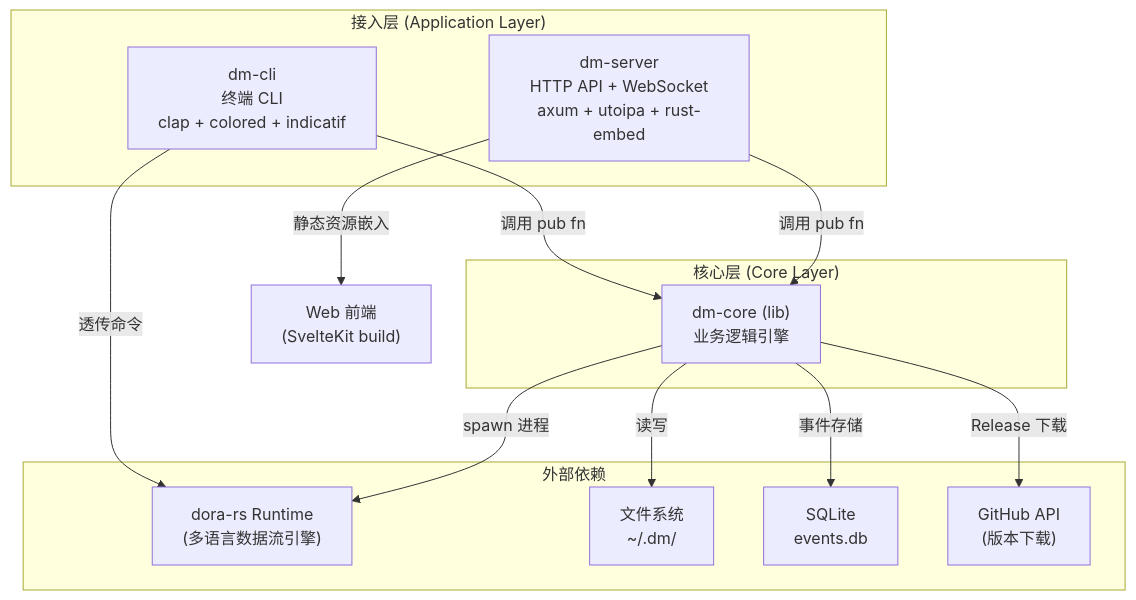
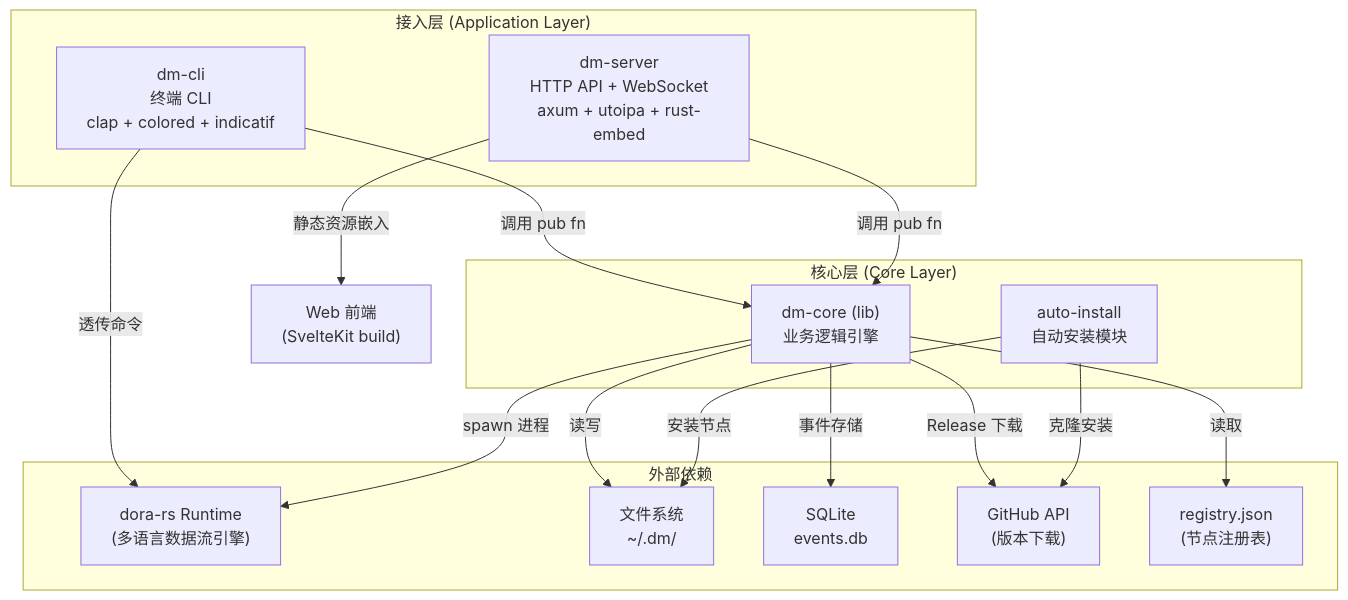
The first of 3 diagrams in wiki/zh/07-architecture-overview.md (l1veIn/dora-manager), drawn with Mermaid before and after one commit. The commit also changed 3 other files, not shown here.

````diff
--- a/wiki/zh/07-architecture-overview.md
+++ b/wiki/zh/07-architecture-overview.md
@@ -9,27 +9,32 @@
 ```mermaid
 graph TD
     subgraph "接入层 (Application Layer)"
         CLI["dm-cli<br/>终端 CLI<br/>clap + colored + indicatif"]
         SRV["dm-server<br/>HTTP API + WebSocket<br/>axum + utoipa + rust-embed"]
     end
 
     subgraph "核心层 (Core Layer)"
         CORE["dm-core (lib)<br/>业务逻辑引擎"]
+        AUTO["auto-install<br/>自动安装模块"]
     end
 
     subgraph "外部依赖"
         DORA["dora-rs Runtime<br/>(多语言数据流引擎)"]
         FS["文件系统<br/>~/.dm/"]
         SQLITE["SQLite<br/>events.db"]
         GH["GitHub API<br/>(版本下载)"]
+        REG["registry.json<br/>(节点注册表)"]
     end
 
     CLI -->|"调用 pub fn"| CORE
     SRV -->|"调用 pub fn"| CORE
     CLI -->|"透传命令"| DORA
     CORE -->|"spawn 进程"| DORA
     CORE -->|"读写"| FS
     CORE -->|"事件存储"| SQLITE
     CORE -->|"Release 下载"| GH
     SRV -->|"静态资源嵌入"| WEB["Web 前端<br/>(SvelteKit build)"]
+    CORE -->|"读取"| REG
+    AUTO -->|"克隆安装"| GH
+    AUTO -->|"安装节点"| FS
 ```
````
